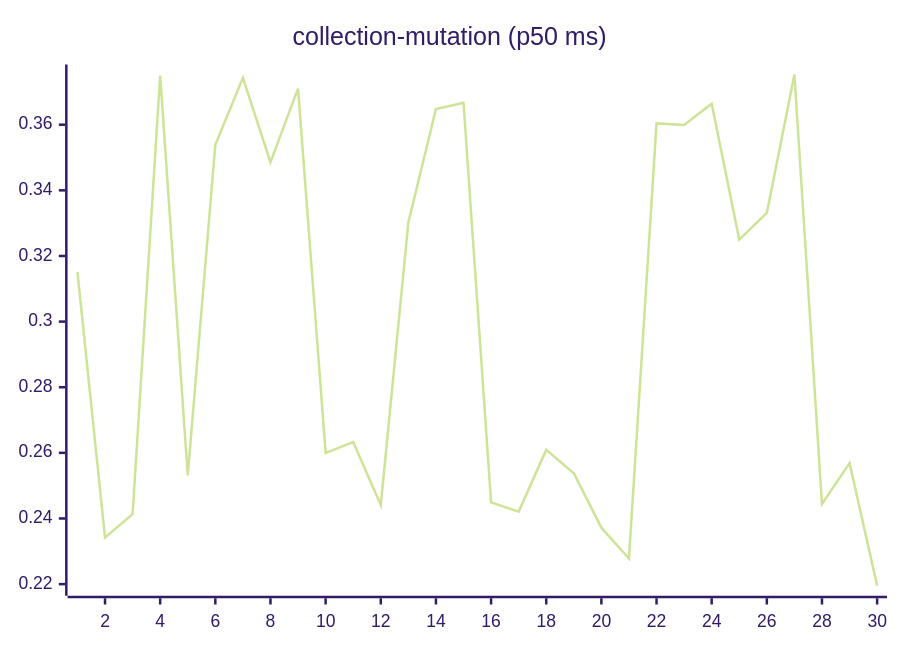
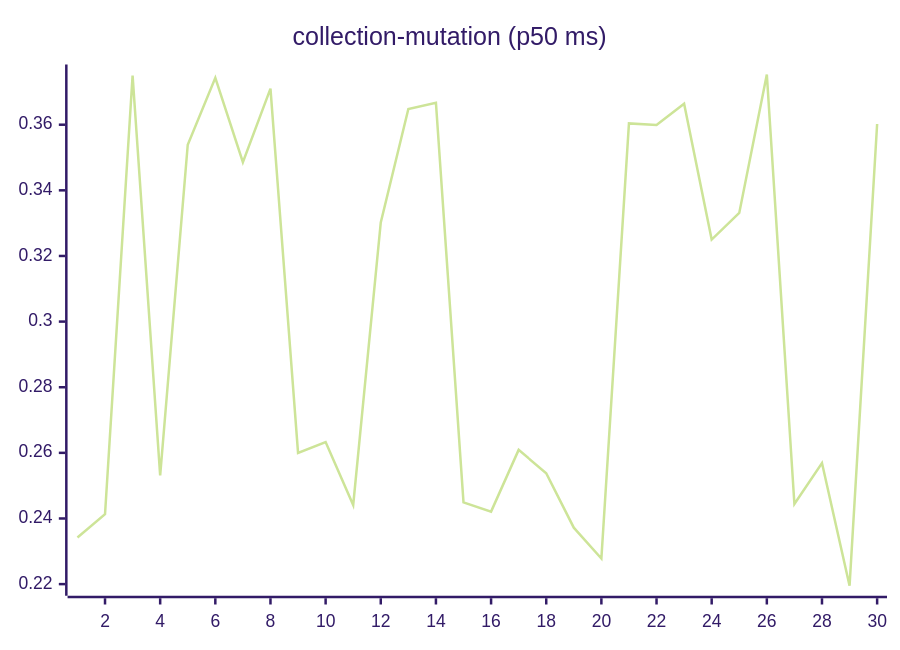
Before and after one commit to josha/Facet: the sixth of 27 diagrams in README.md, drawn with Mermaid (forest theme). The commit also changed other lines of this file and 2 other files, not shown here.

````diff
--- a/README.md
+++ b/README.md
@@ -98,6 +98,6 @@
 ```mermaid
 xychart-beta
     title "collection-mutation (p50 ms)"
     x-axis 1 --> 30
-    line [0.3151, 0.2342, 0.2413, 0.3750, 0.2531, 0.3539, 0.3743, 0.3486, 0.3710, 0.2600, 0.2633, 0.2441, 0.3302, 0.3648, 0.3667, 0.2449, 0.2421, 0.2609, 0.2538, 0.2372, 0.2278, 0.3604, 0.3599, 0.3664, 0.3250, 0.3331, 0.3753, 0.2444, 0.2569, 0.2195]
+    line [0.2342, 0.2413, 0.3750, 0.2531, 0.3539, 0.3743, 0.3486, 0.3710, 0.2600, 0.2633, 0.2441, 0.3302, 0.3648, 0.3667, 0.2449, 0.2421, 0.2609, 0.2538, 0.2372, 0.2278, 0.3604, 0.3599, 0.3664, 0.3250, 0.3331, 0.3753, 0.2444, 0.2569, 0.2195, 0.3602]
 ```
````
